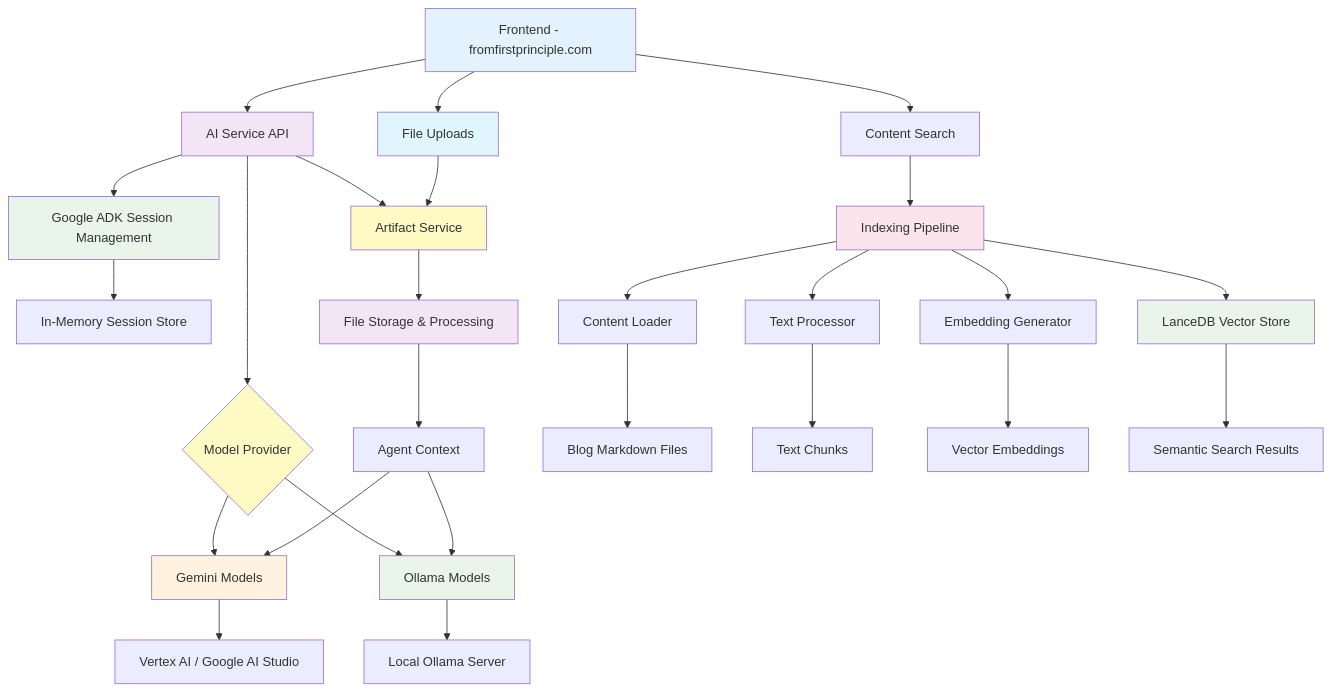
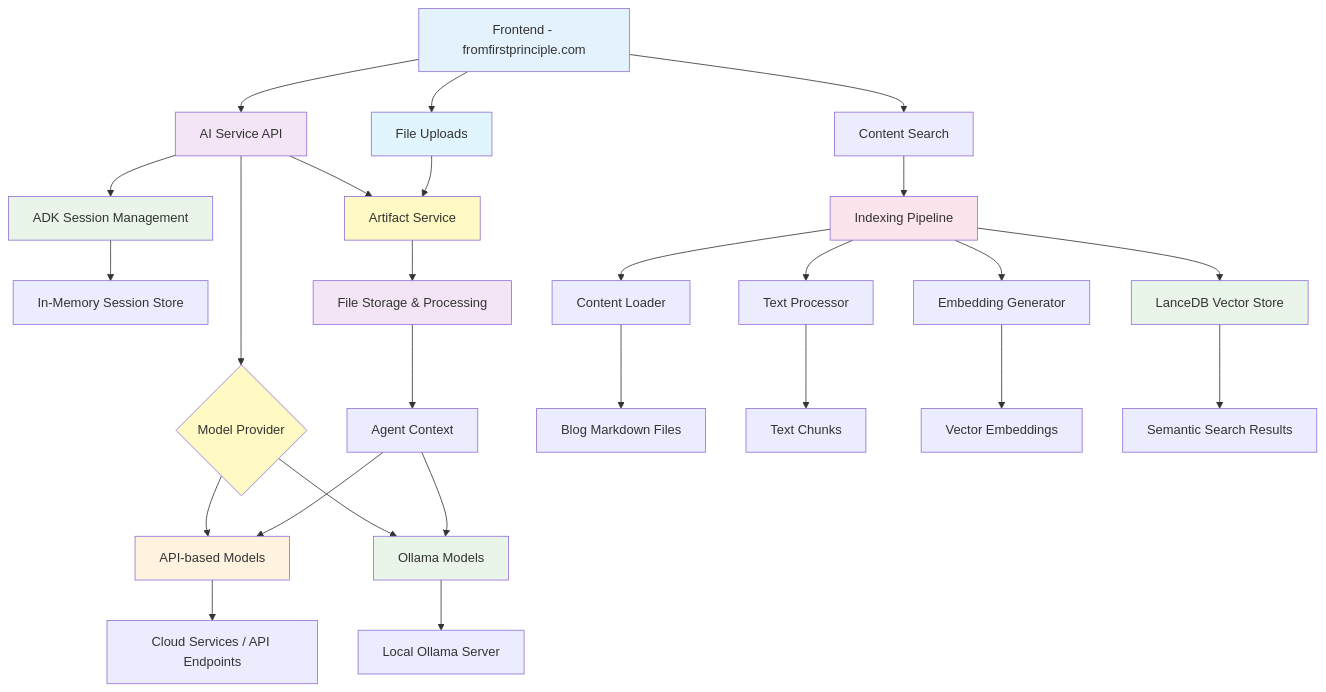
The diagram in services/ai/README.md (justmeloic/from-first-principles), drawn with Mermaid before and after one commit. The commit also changed other lines of this file, not shown here.

````diff
--- a/services/ai/README.md
+++ b/services/ai/README.md
@@ -44,44 +98,44 @@
 ```mermaid
 graph TD
     A[Frontend - fromfirstprinciple.com] --> B[AI Service API]
     A --> K[Content Search]
 
-    B --> C[Google ADK Session Management]
+    B --> C[ADK Session Management]
     B --> AF[Artifact Service]
     B --> D{Model Provider}
     C --> E[In-Memory Session Store]
     AF --> AS[File Storage & Processing]
-    D --> F[Gemini Models]
+    D --> F[API-based Models]
     D --> G[Ollama Models]
-    F --> H[Vertex AI / Google AI Studio]
+    F --> H[Cloud Services / API Endpoints]
     G --> I[Local Ollama Server]
 
     A --> FU[File Uploads]
     FU --> AF
     AS --> AG[Agent Context]
     AG --> F
     AG --> G
 
     K --> L[Indexing Pipeline]
     L --> M[Content Loader]
     L --> N[Text Processor]
     L --> O[Embedding Generator]
     L --> P[LanceDB Vector Store]
 
     M --> Q[Blog Markdown Files]
     N --> R[Text Chunks]
     O --> S[Vector Embeddings]
     P --> T[Semantic Search Results]
 
     style A fill:#e3f2fd
     style B fill:#f3e5f5
     style C fill:#e8f5e8
     style AF fill:#fff9c4
     style D fill:#fff9c4
     style F fill:#fff3e0
     style G fill:#e8f5e8
     style L fill:#fce4ec
     style P fill:#e8f5e8
     style FU fill:#e1f5fe
     style AS fill:#f3e5f5
 ```
````
